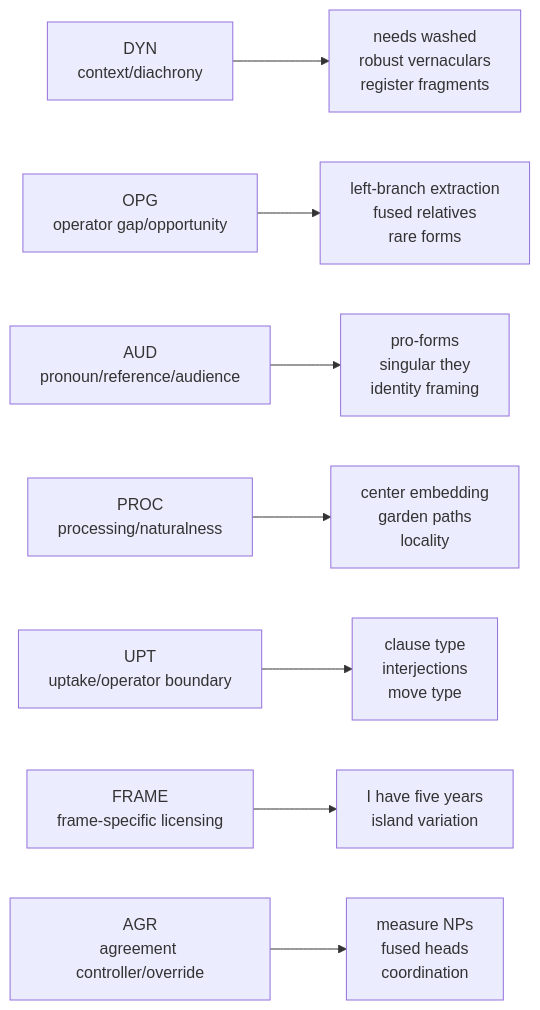
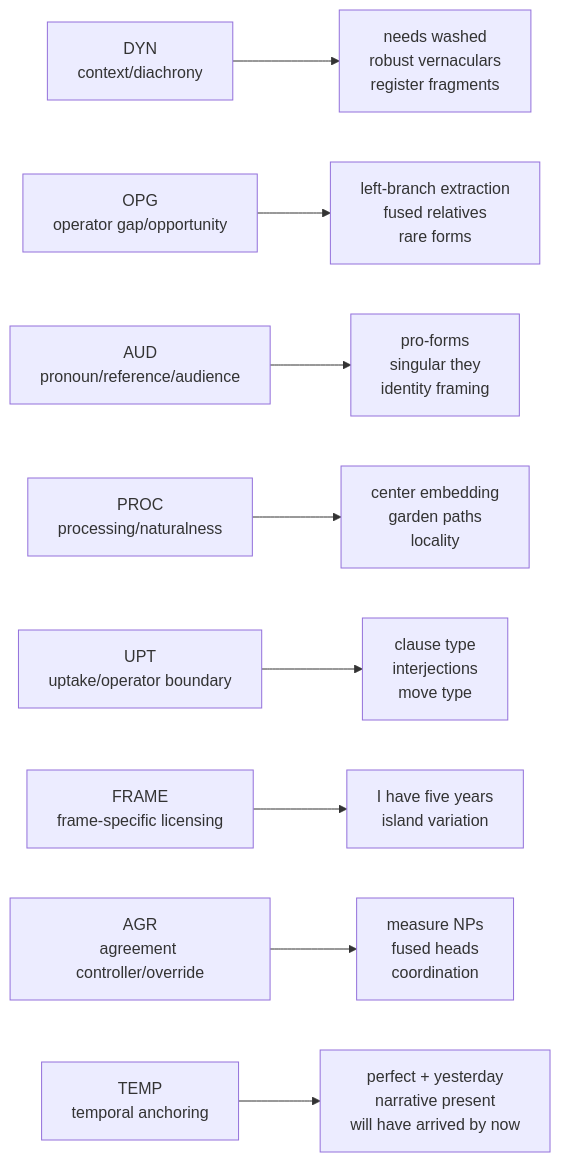
One commit to BrettRey/Grammaticality-de-idealized-v2 changed the first of 4 diagrams in subprojects/evolutionary-dag-workbench/notes/state-of-search-report-2026-06-09.md. Above: the diagram before and after it, drawn with Mermaid. The commit also changed other lines of this file and 14 other files, not shown here.

````diff
--- a/subprojects/evolutionary-dag-workbench/notes/state-of-search-report-2026-06-09.md
+++ b/subprojects/evolutionary-dag-workbench/notes/state-of-search-report-2026-06-09.md
@@ -24,18 +26,20 @@
 ```mermaid
 flowchart LR
   DYN["DYN<br/>context/diachrony"]
   OPG["OPG<br/>operator gap/opportunity"]
   AUD["AUD<br/>pronoun/reference/audience"]
   PROC["PROC<br/>processing/naturalness"]
   UPT["UPT<br/>uptake/operator boundary"]
   FRAME["FRAME<br/>frame-specific licensing"]
   AGR["AGR<br/>agreement controller/override"]
+  TEMP["TEMP<br/>temporal anchoring"]
 
   DYN --> ContextCases["needs washed<br/>robust vernaculars<br/>register fragments"]
   OPG --> GapCases["left-branch extraction<br/>fused relatives<br/>rare forms"]
   AUD --> PronounCases["pro-forms<br/>singular they<br/>identity framing"]
   PROC --> ProcessingCases["center embedding<br/>garden paths<br/>locality"]
   UPT --> UptakeCases["clause type<br/>interjections<br/>move type"]
   FRAME --> FrameCases["I have five years<br/>island variation"]
   AGR --> AgreementCases["measure NPs<br/>fused heads<br/>coordination"]
+  TEMP --> TemporalCases["perfect + yesterday<br/>narrative present<br/>will have arrived by now"]
 ```
````
